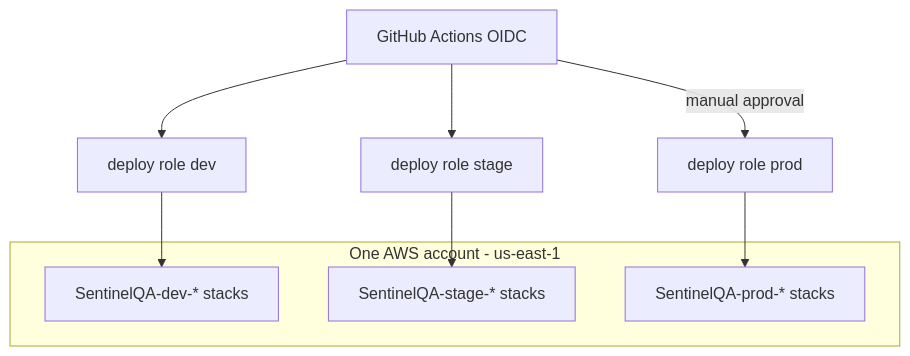
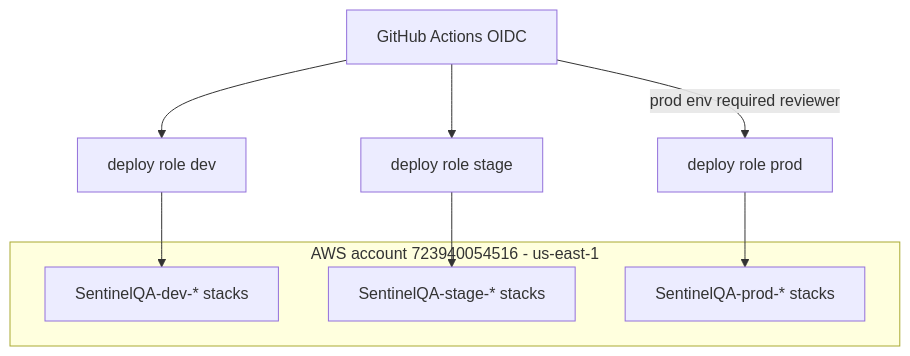
Before and after one commit to vishwasvr/SentinelQA: the third of 3 diagrams in docs/architecture/diagrams.md, drawn with Mermaid. The commit also changed other lines of this file and 7 other files, not shown here.

````diff
--- a/docs/architecture/diagrams.md
+++ b/docs/architecture/diagrams.md
@@ -54,11 +58,11 @@
 ```mermaid
 flowchart TB
   GH[GitHub Actions OIDC] --> R1[deploy role dev] --> D[SentinelQA-dev-* stacks]
   GH --> R2[deploy role stage] --> S[SentinelQA-stage-* stacks]
-  GH -->|manual approval| R3[deploy role prod] --> P[SentinelQA-prod-* stacks]
-  subgraph ACC[One AWS account - us-east-1]
+  GH -->|prod env required reviewer| R3[deploy role prod] --> P[SentinelQA-prod-* stacks]
+  subgraph ACC[AWS account 723940054516 - us-east-1]
     D
     S
     P
   end
 ```
````
